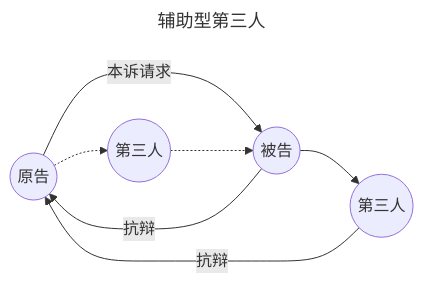
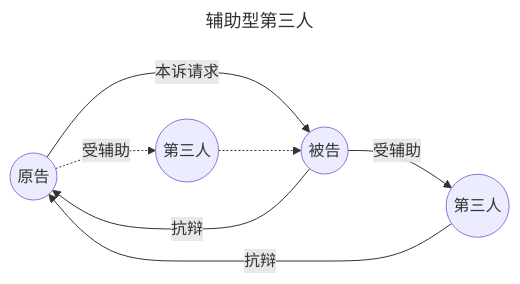
Before and after one commit to chilly-chilli/ChillyChilli: the third of 4 diagrams in content/法学/民商法/民事诉讼法/VII 多数人诉讼.md, drawn with Mermaid. The commit also changed other lines of this file and 9 other files, not shown here.

````diff
--- a/content/法学/民商法/民事诉讼法/VII 多数人诉讼.md
+++ b/content/法学/民商法/民事诉讼法/VII 多数人诉讼.md
@@ -315,14 +337,14 @@
 ```mermaid
 ---
 title: 辅助型第三人
 ---
 graph LR
 P((原告))
 D((被告))
 S1((第三人))
 S2((第三人))
 P--本诉请求-->D
 D--抗辩-->P
-P-.-> S1 -.-> D
-D --> S2 --抗辩-->P
+P-.受辅助.-> S1 -.-> D
+D --受辅助--> S2 --抗辩-->P
 ```
````
